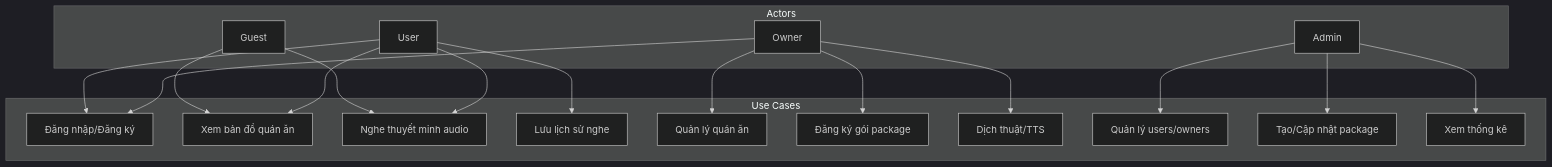
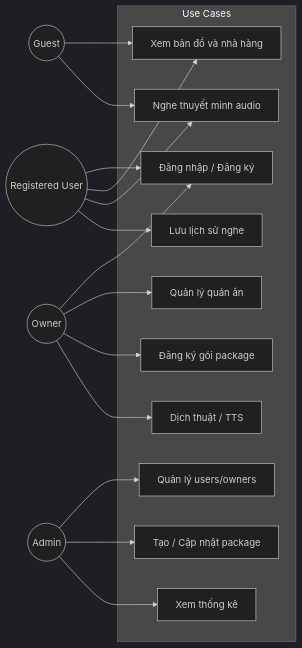
Before and after one commit to DuyKhoiCoder30062004/Map-Hoi-An: the fourth of 9 diagrams in vinh_khanh_food-main/vinh_khanh_food-main/DOCUMENTATION.md, drawn with Mermaid (dark theme). The commit also changed other lines of this file and 2 other files, not shown here.

Commit message:
Fix ERD and Use-case diagram syntax and add dedicated diagram files

````diff
--- a/vinh_khanh_food-main/vinh_khanh_food-main/DOCUMENTATION.md
+++ b/vinh_khanh_food-main/vinh_khanh_food-main/DOCUMENTATION.md
@@ -187,36 +191,34 @@
 ```mermaid
-graph TD
-    subgraph Actors
-        A[Admin]
-        U[User]
-        O[Owner]
-        G[Guest]
+graph LR
+    Admin((Admin))
+    Owner((Owner))
+    User((Registered User))
+    Guest((Guest))
+
+    subgraph "Use Cases"
+        Login["Đăng nhập / Đăng ký"]
+        Browse["Xem bản đồ và nhà hàng"]
+        Audio["Nghe thuyết minh audio"]
+        History["Lưu lịch sử nghe"]
+        ManagePOI["Quản lý quán ăn"]
+        Subscribe["Đăng ký gói package"]
+        Translate["Dịch thuật / TTS"]
+        ManageUsers["Quản lý users/owners"]
+        ManagePackage["Tạo / Cập nhật package"]
+        Stats["Xem thống kê"]
     end
 
-    subgraph Use Cases
-        UC1[Đăng nhập/Đăng ký]
-        UC2[Xem bản đồ quán ăn]
-        UC3[Nghe thuyết minh audio]
-        UC4[Lưu lịch sử nghe]
-        UC5[Quản lý quán ăn]
-        UC6[Đăng ký gói package]
-        UC7[Dịch thuật/TTS]
-        UC8[Quản lý users/owners]
-        UC9[Tạo/Cập nhật package]
-        UC10[Xem thống kê]
-    end
-
-    G --> UC2
-    G --> UC3
-    U --> UC1
-    U --> UC2
-    U --> UC3
-    U --> UC4
-    O --> UC1
-    O --> UC5
-    O --> UC6
-    O --> UC7
-    A --> UC8
-    A --> UC9
-    A --> UC10
+    Guest --> Browse
+    Guest --> Audio
+    User --> Login
+    User --> Browse
+    User --> Audio
+    User --> History
+    Owner --> Login
+    Owner --> ManagePOI
+    Owner --> Subscribe
+    Owner --> Translate
+    Admin --> ManageUsers
+    Admin --> ManagePackage
+    Admin --> Stats
 ```
````
